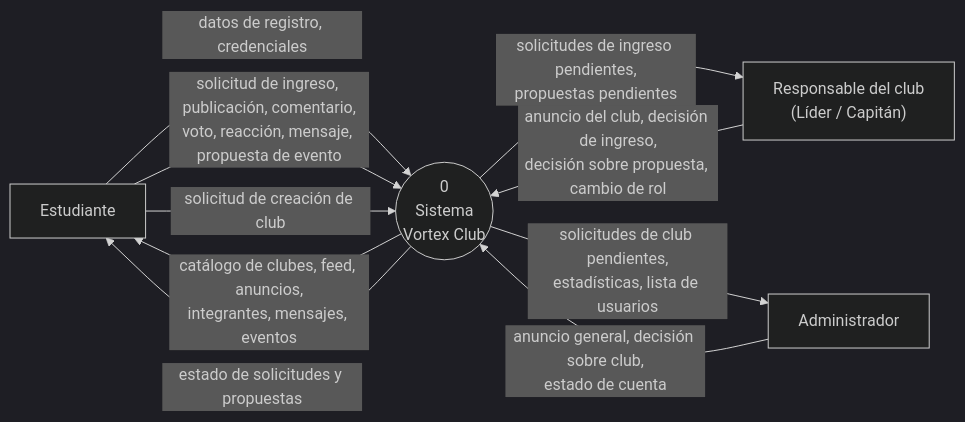
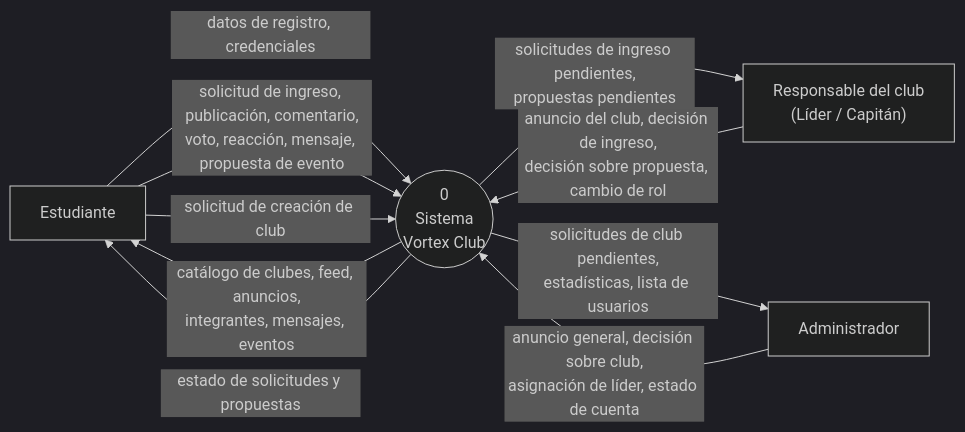
The first of 6 diagrams in docs/03_analisis_procesos.md (Lis-carl/Vortex_club-s), drawn with Mermaid (dark theme) before and after one commit. The commit also changed other lines of this file and 61 other files, not shown here.

````diff
--- a/docs/03_analisis_procesos.md
+++ b/docs/03_analisis_procesos.md
@@ -20,19 +20,19 @@
 ```mermaid
 flowchart LR
     EST[Estudiante]
     RES["Responsable del club<br/>(Líder / Capitán)"]
     ADM[Administrador]
     SYS(("0<br/>Sistema<br/>Vortex Club"))
 
     EST -- "datos de registro, credenciales" --> SYS
     EST -- "solicitud de ingreso, publicación, comentario,<br/>voto, reacción, mensaje, propuesta de evento" --> SYS
     EST -- "solicitud de creación de club" --> SYS
     SYS -- "catálogo de clubes, feed, anuncios,<br/>integrantes, mensajes, eventos" --> EST
     SYS -- "estado de solicitudes y propuestas" --> EST
 
     RES -- "anuncio del club, decisión de ingreso,<br/>decisión sobre propuesta, cambio de rol" --> SYS
     SYS -- "solicitudes de ingreso pendientes,<br/>propuestas pendientes" --> RES
 
-    ADM -- "anuncio general, decisión sobre club,<br/>estado de cuenta" --> SYS
+    ADM -- "anuncio general, decisión sobre club,<br/>asignación de líder, estado de cuenta" --> SYS
     SYS -- "solicitudes de club pendientes,<br/>estadísticas, lista de usuarios" --> ADM
 ```
````
